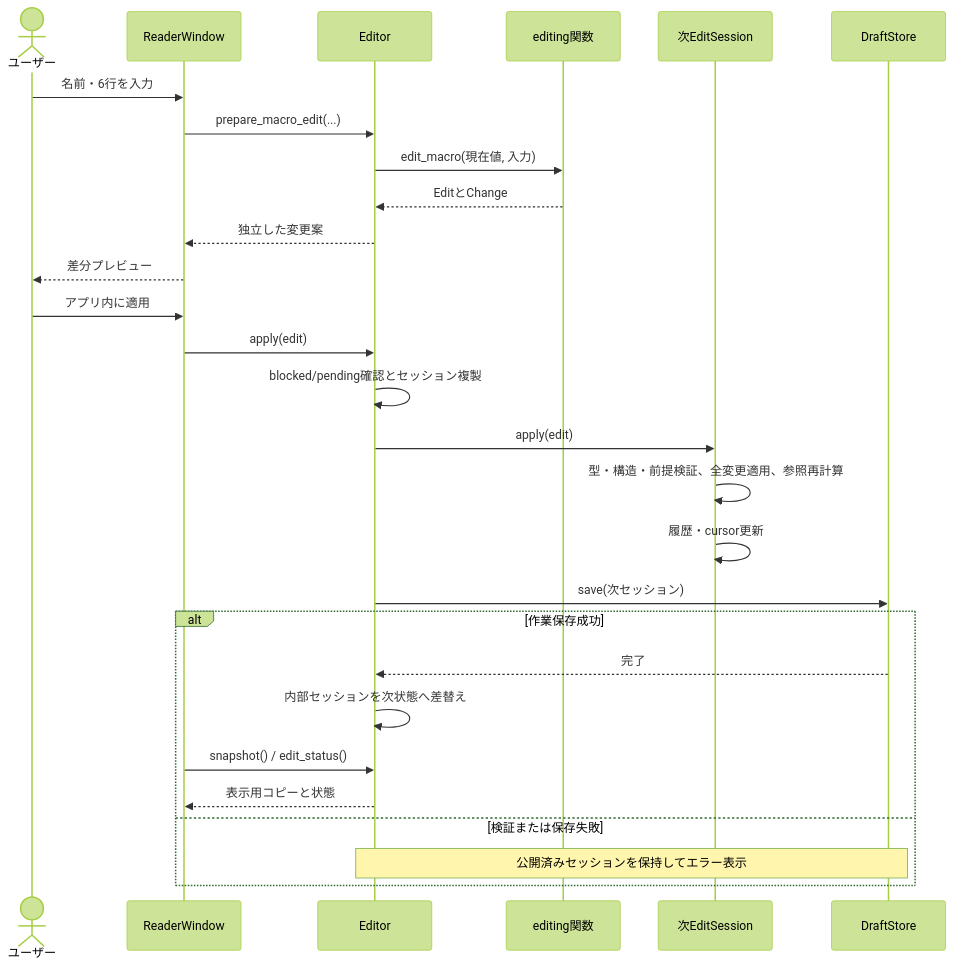
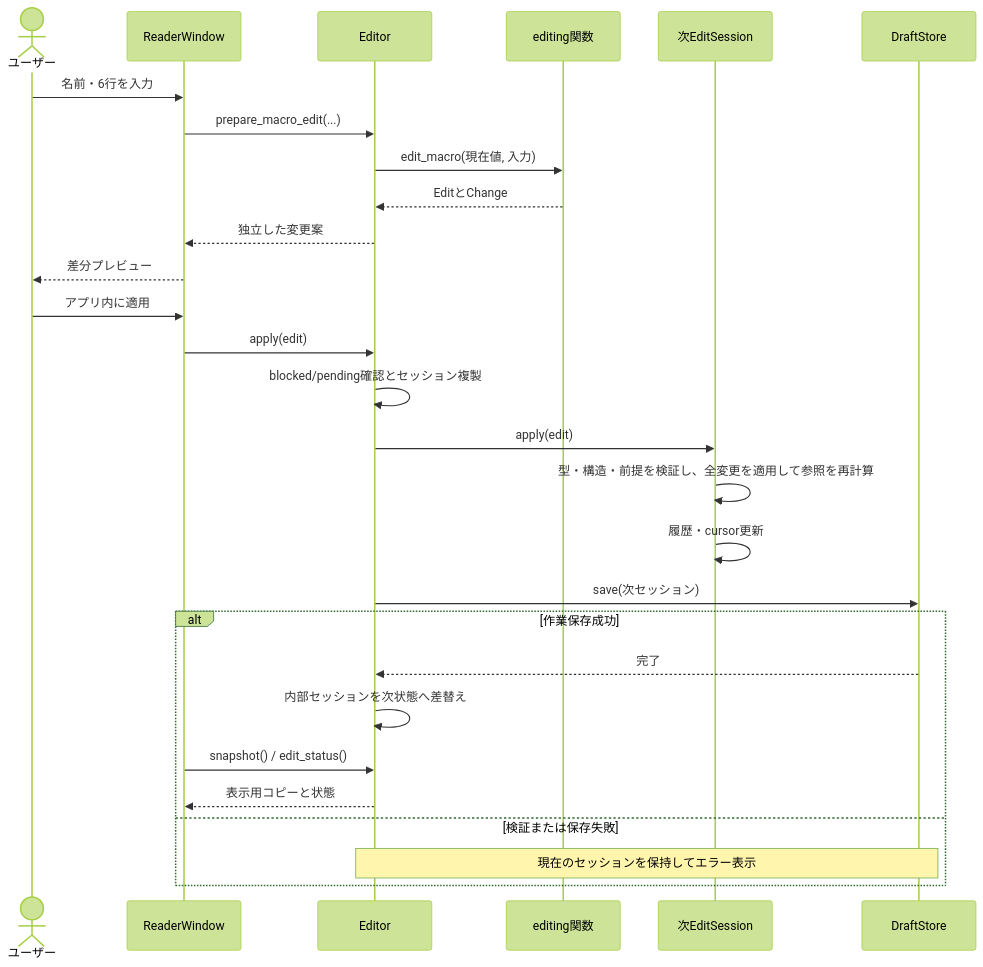
One commit to naomine-biz/ff11-macro-equip-manager changed the fourth of 5 diagrams in docs/editing-uml.md. Above: the diagram before and after it, drawn with Mermaid (forest theme). The commit also changed other lines of this file and 13 other files, not shown here.

````diff
--- a/docs/editing-uml.md
+++ b/docs/editing-uml.md
@@ -403,30 +403,30 @@
 ```mermaid
 sequenceDiagram
 actor User as ユーザー
 participant UI as ReaderWindow
 participant E as Editor
 participant O as editing関数
 participant S as 次EditSession
 participant D as DraftStore
 User->>UI: 名前・6行を入力
 UI->>E: prepare_macro_edit(...)
 E->>O: edit_macro(現在値, 入力)
 O-->>E: EditとChange
 E-->>UI: 独立した変更案
 UI-->>User: 差分プレビュー
 User->>UI: アプリ内に適用
 UI->>E: apply(edit)
 E->>E: blocked/pending確認とセッション複製
 E->>S: apply(edit)
-S->>S: 型・構造・前提検証、全変更適用、参照再計算
+S->>S: 型・構造・前提を検証し、全変更を適用して参照を再計算
 S->>S: 履歴・cursor更新
 E->>D: save(次セッション)
 alt 作業保存成功
  D-->>E: 完了
  E->>E: 内部セッションを次状態へ差替え
  UI->>E: snapshot() / edit_status()
  E-->>UI: 表示用コピーと状態
 else 検証または保存失敗
- Note over E,D: 公開済みセッションを保持してエラー表示
+ Note over E,D: 現在のセッションを保持してエラー表示
 end
 ```
````
